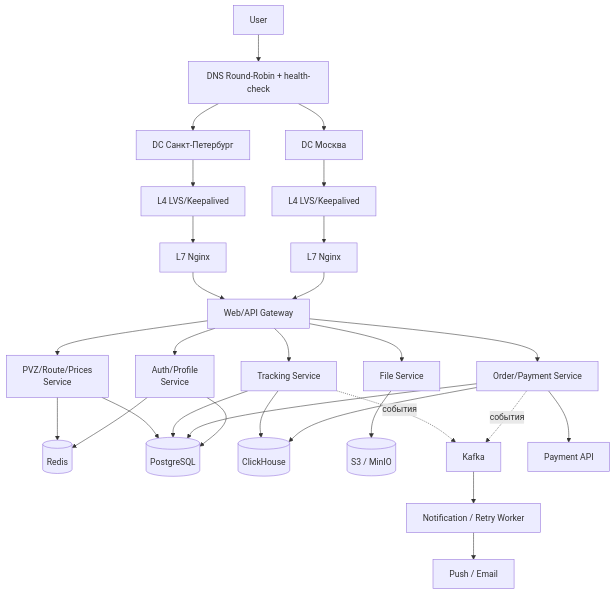
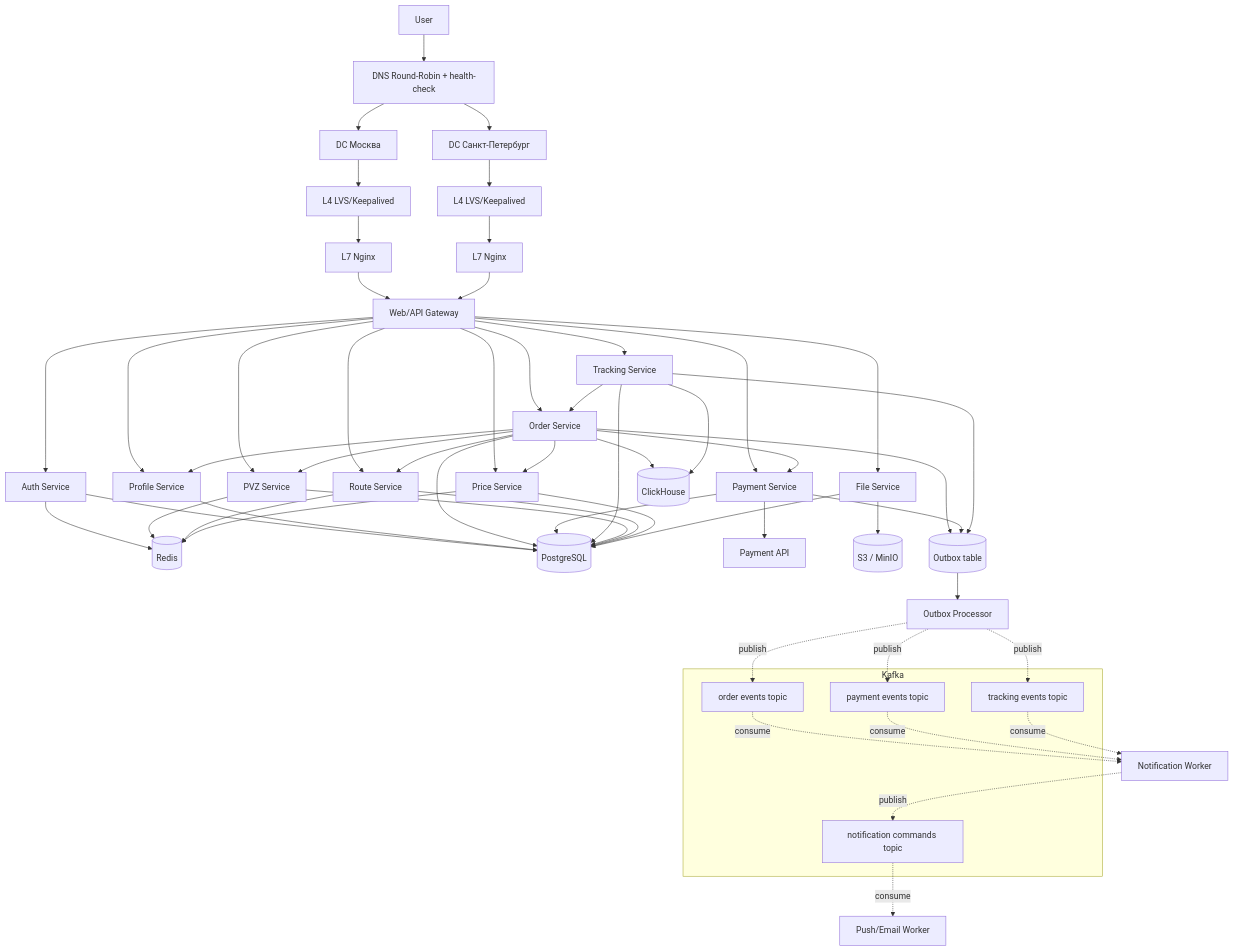
Before and after one commit to niggumin/highload: the third of 3 diagrams in README.md, drawn with Mermaid. The commit also changed other lines of this file, not shown here.

````diff
--- a/README.md
+++ b/README.md
@@ -685,37 +696,69 @@
 ```mermaid
 graph TD
   Clients[User] --> DNS[DNS Round-Robin + health-check]
   DNS --> DC1[DC Москва]
   DNS --> DC2[DC Санкт-Петербург]
 
   DC1 --> L4M[L4 LVS/Keepalived]
   DC2 --> L4S[L4 LVS/Keepalived]
   L4M --> L7M[L7 Nginx]
   L4S --> L7S[L7 Nginx]
   L7M --> GW[Web/API Gateway]
   L7S --> GW
 
-  GW --> Auth[Auth/Profile
-  Service]
-  GW --> Order[Order/Payment Service]
+  GW --> Auth[Auth Service]
+  GW --> Profile[Profile Service]
+  GW --> Order[Order Service]
+  GW --> Payment[Payment Service]
   GW --> Track[Tracking Service]
-  GW --> PVZ[PVZ/Route/Prices 
-  Service]
+  GW --> PVZ[PVZ Service]
+  GW --> Route[Route Service]
+  GW --> Price[Price Service]
   GW --> File[File Service]
 
   Auth --> Redis[(Redis)]
   Auth --> PG[(PostgreSQL)]
+  Profile --> PG
   Order --> PG
+  Order --> Profile
+  Order --> PVZ
+  Order --> Route
+  Order --> Price
+  Order --> Payment
+  Payment --> PG
+  Payment --> PSP[Payment API]
   Order --> CH
   Track --> PG
   Track --> CH[(ClickHouse)]
+  Track --> Order
   PVZ --> PG
   PVZ --> Redis
+  Route --> PG
+  Route --> Redis
+  Price --> PG
+  Price --> Redis
   File --> S3[(S3 / MinIO)]
+  File --> PG
 
-  Order -. события .-> Kafka[Kafka]
-  Track -. события .-> Kafka
-  Kafka --> Notify[Notification / Retry Worker]
-  Order --> PSP[Payment API]
-  Notify --> Push[Push / Email]
+  Order --> Outbox[(Outbox table)]
+  Payment --> Outbox
+  Track --> Outbox
+  Outbox --> OutboxProcessor[Outbox Processor]
+
+  subgraph KafkaBox[Kafka]
+    KOrder[order events topic]
+    KPayment[payment events topic]
+    KTrack[tracking events topic]
+    KNotify[notification commands topic]
+  end
+
+  OutboxProcessor -. publish .-> KOrder
+  OutboxProcessor -. publish .-> KPayment
+  OutboxProcessor -. publish .-> KTrack
+
+  KOrder -. consume .-> NotifyWorker[Notification Worker]
+  KPayment -. consume .-> NotifyWorker
+  KTrack -. consume .-> NotifyWorker
+  NotifyWorker -. publish .-> KNotify
+  KNotify -. consume .-> PushWorker[Push/Email Worker]
 ```
````
